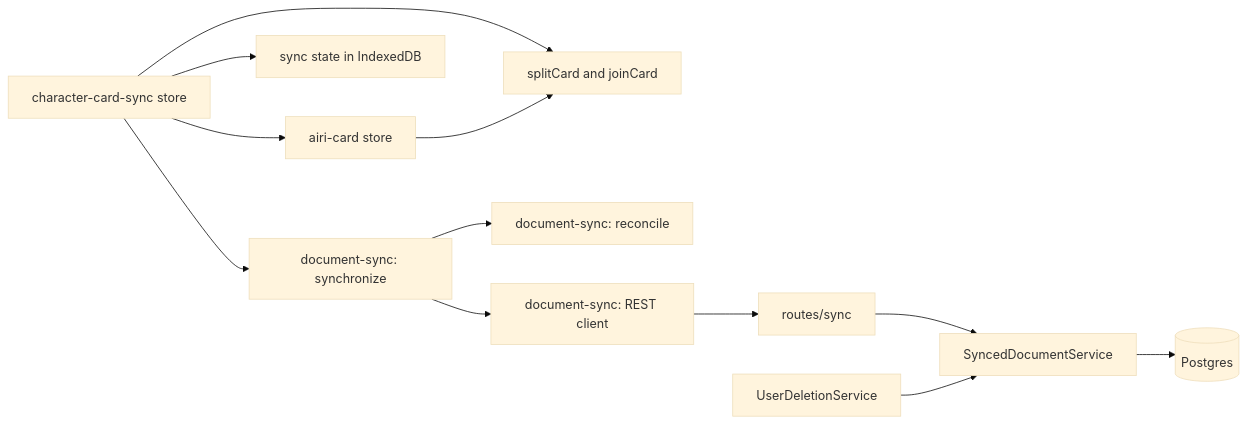
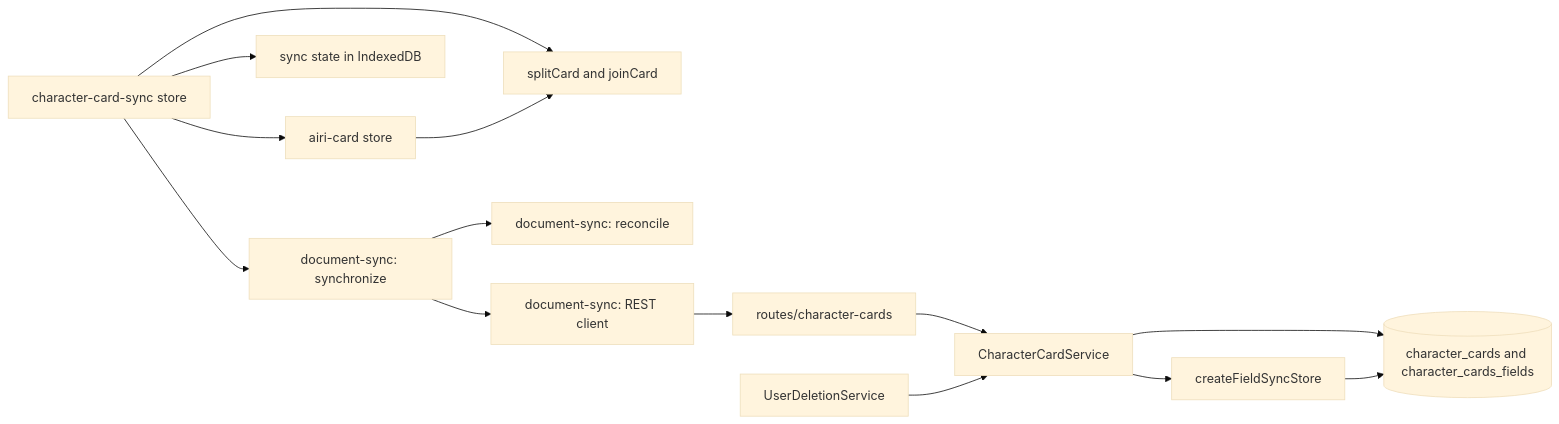
The first of 2 diagrams in server/docs/ai/adr/2026-10-06-document-sync.md (moeru-ai/airi), drawn with Mermaid (base theme) before and after one commit. The commit also changed other lines of this file and 26 other files, not shown here.

First line of the commit message:
refactor(api,stage-ui): store synced fields in feature tables

````diff
--- a/server/docs/ai/adr/2026-10-06-document-sync.md
+++ b/server/docs/ai/adr/2026-10-06-document-sync.md
@@ -80,14 +97,16 @@
 ```mermaid
 flowchart LR
   Store[character-card-sync store] --> Sync[document-sync: synchronize]
   Store --> Fields[splitCard and joinCard]
   Store --> Repo[sync state in IndexedDB]
   Store --> Cards[airi-card store]
   Cards --> Fields
   Sync --> Reconcile[document-sync: reconcile]
   Sync --> Client[document-sync: REST client]
-  Client --> Routes[routes/sync]
-  Routes --> Service[SyncedDocumentService]
-  Service --> DB[(Postgres)]
+  Client --> Routes[routes/character-cards]
+  Routes --> Service[CharacterCardService]
+  Service --> Engine[createFieldSyncStore]
+  Service --> Tables[(character_cards and character_cards_fields)]
+  Engine --> Tables
   Deletion[UserDeletionService] --> Service
 ```
````
